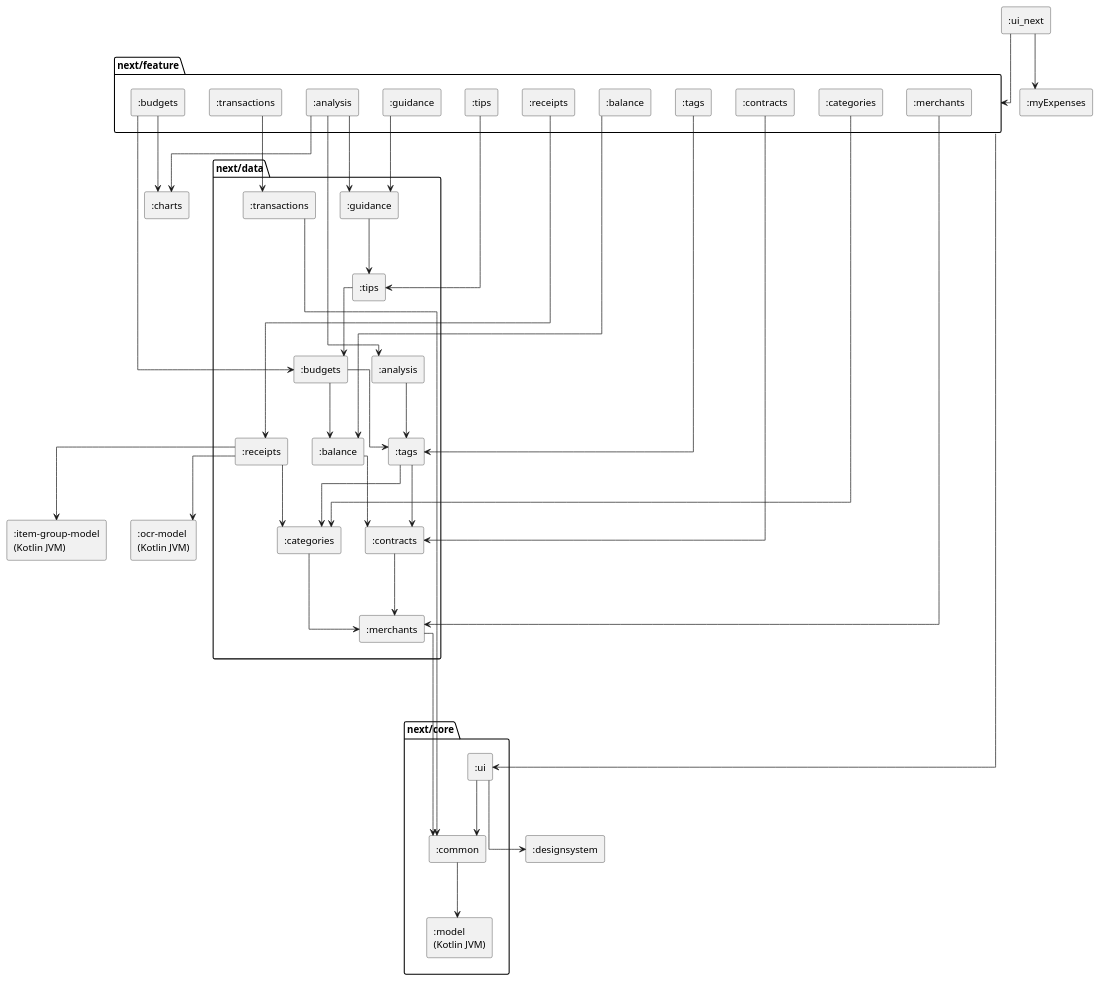
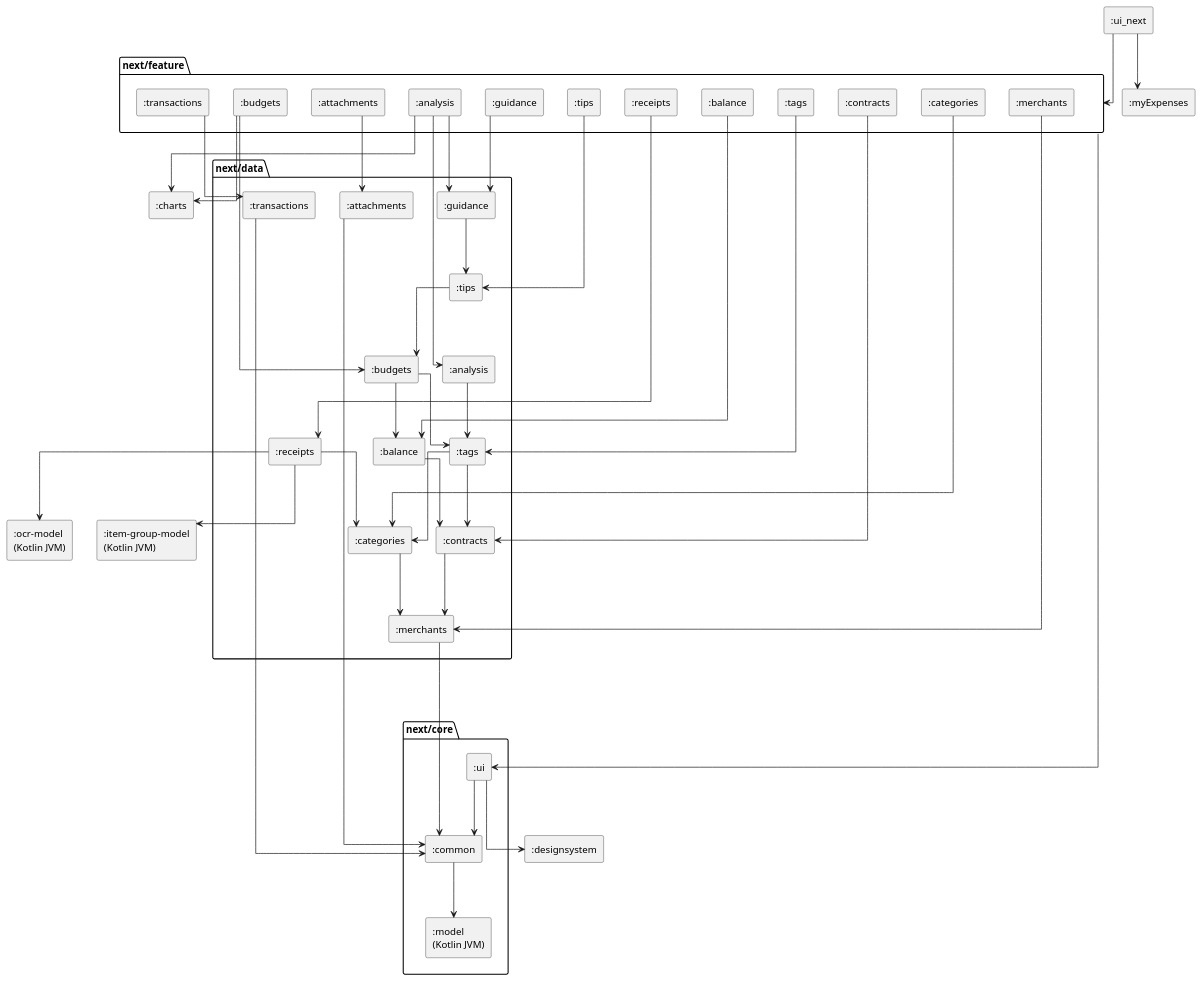
Before and after one commit to castn/MyExpenses: the diagram in ui_next/modules.puml, drawn with PlantUML. The commit also changed 24 other files, not shown here.

```diff
--- a/ui_next/modules.puml
+++ b/ui_next/modules.puml
@@ -1,91 +1,95 @@
 @startuml modules
 ' Generated by the task moduleGraph of build-logic (ModuleGraphPlugin), do not edit.
 ' Dependencies between the modules of the new UI, rule `mod-diagram` of ARCHITECTURE.md.
 ' An edge that follows from a longer path is left out.
 ' An edge from or to a package stands for an edge from or to every module in it.
 skinparam componentStyle rectangle
 skinparam linetype ortho
 skinparam ranksep 80
 top to bottom direction
 
 [:charts] as mCharts
 [:designsystem] as mDesignsystem
 [:item-group-model\n(Kotlin JVM)] as mItemGroupModel
 [:myExpenses] as mMyExpenses
 [:ocr-model\n(Kotlin JVM)] as mOcrModel
 [:ui_next] as mUiNext
 
 package "next/core" as pNextCore {
     [:common] as mNextCoreCommon
     [:model\n(Kotlin JVM)] as mNextCoreModel
     [:ui] as mNextCoreUi
 }
 
 package "next/data" as pNextData {
     [:analysis] as mNextDataAnalysis
+    [:attachments] as mNextDataAttachments
     [:balance] as mNextDataBalance
     [:budgets] as mNextDataBudgets
     [:categories] as mNextDataCategories
     [:contracts] as mNextDataContracts
     [:guidance] as mNextDataGuidance
     [:merchants] as mNextDataMerchants
     [:receipts] as mNextDataReceipts
     [:tags] as mNextDataTags
     [:tips] as mNextDataTips
     [:transactions] as mNextDataTransactions
 }
 
 package "next/feature" as pNextFeature {
     [:analysis] as mNextFeatureAnalysis
+    [:attachments] as mNextFeatureAttachments
     [:balance] as mNextFeatureBalance
     [:budgets] as mNextFeatureBudgets
     [:categories] as mNextFeatureCategories
     [:contracts] as mNextFeatureContracts
     [:guidance] as mNextFeatureGuidance
     [:merchants] as mNextFeatureMerchants
     [:receipts] as mNextFeatureReceipts
     [:tags] as mNextFeatureTags
     [:tips] as mNextFeatureTips
     [:transactions] as mNextFeatureTransactions
 }
 
 ' Layout only
 mNextDataMerchants -[hidden]--> pNextCore
 mNextFeatureTransactions -[hidden]--> pNextData
 
 mUiNext --> pNextFeature
 pNextFeature --> mNextCoreUi
 mNextCoreCommon --> mNextCoreModel
 mNextCoreUi --> mDesignsystem
 mNextCoreUi --> mNextCoreCommon
 mNextDataAnalysis --> mNextDataTags
+mNextDataAttachments --> mNextCoreCommon
 mNextDataBalance --> mNextDataContracts
 mNextDataBudgets --> mNextDataBalance
 mNextDataBudgets --> mNextDataTags
 mNextDataCategories --> mNextDataMerchants
 mNextDataContracts --> mNextDataMerchants
 mNextDataGuidance --> mNextDataTips
 mNextDataMerchants --> mNextCoreCommon
 mNextDataReceipts --> mItemGroupModel
 mNextDataReceipts --> mNextDataCategories
 mNextDataReceipts --> mOcrModel
 mNextDataTags --> mNextDataCategories
 mNextDataTags --> mNextDataContracts
 mNextDataTips --> mNextDataBudgets
 mNextDataTransactions --> mNextCoreCommon
 mNextFeatureAnalysis --> mCharts
 mNextFeatureAnalysis --> mNextDataAnalysis
 mNextFeatureAnalysis --> mNextDataGuidance
+mNextFeatureAttachments --> mNextDataAttachments
 mNextFeatureBalance --> mNextDataBalance
 mNextFeatureBudgets --> mCharts
 mNextFeatureBudgets --> mNextDataBudgets
 mNextFeatureCategories --> mNextDataCategories
 mNextFeatureContracts --> mNextDataContracts
 mNextFeatureGuidance --> mNextDataGuidance
 mNextFeatureMerchants --> mNextDataMerchants
 mNextFeatureReceipts --> mNextDataReceipts
 mNextFeatureTags --> mNextDataTags
 mNextFeatureTips --> mNextDataTips
 mNextFeatureTransactions --> mNextDataTransactions
 mUiNext --> mMyExpenses
 @enduml
```
